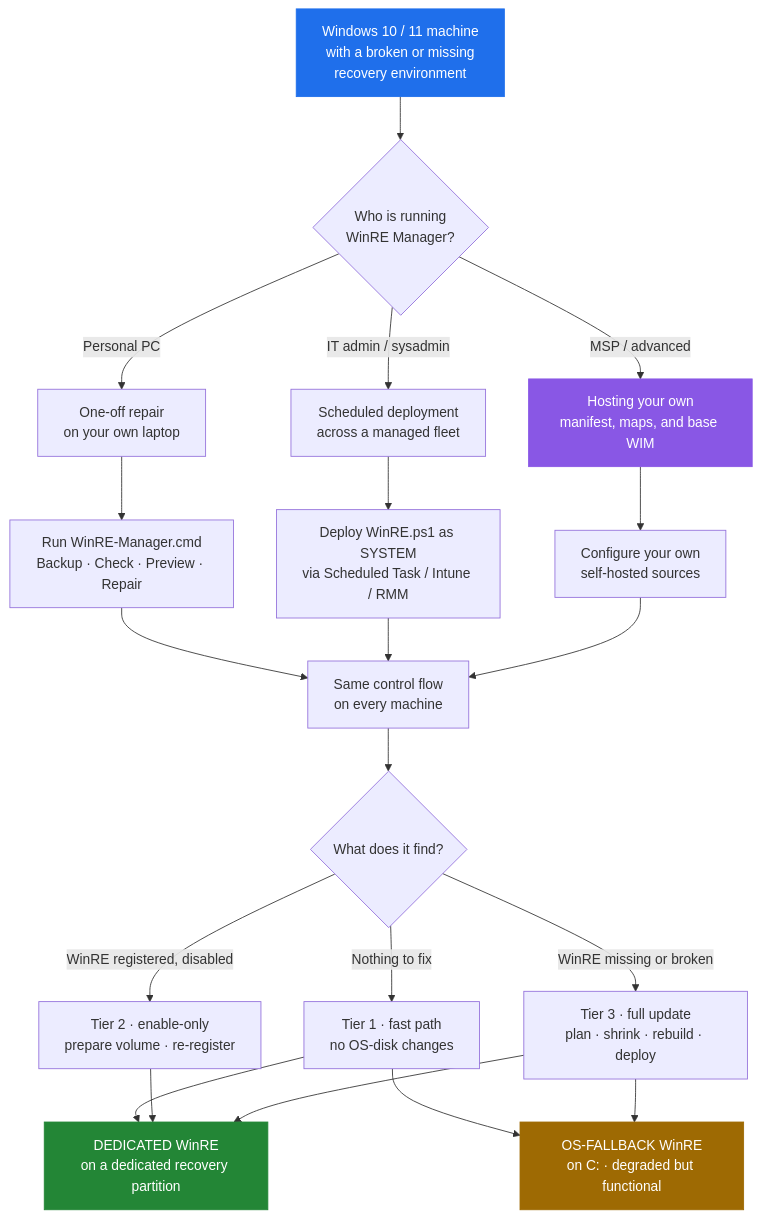
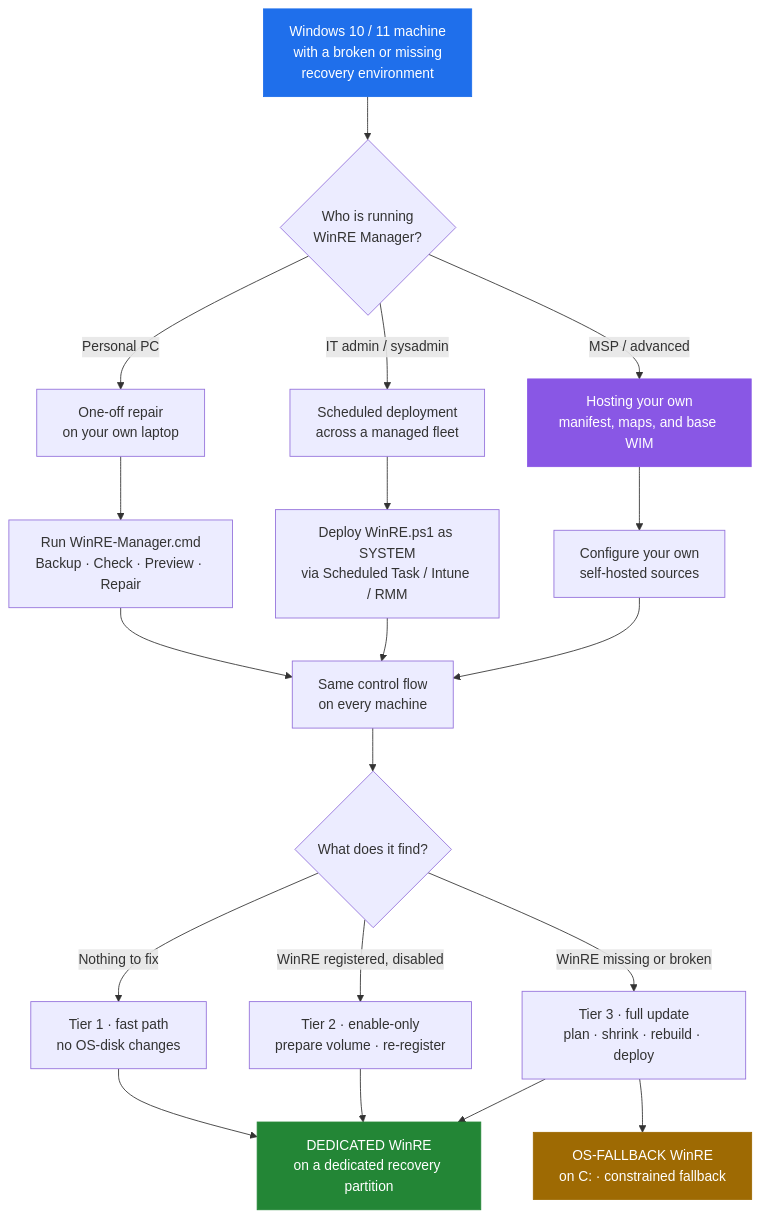
Before and after one commit to ArthurJDurand/WinRE-Manager: the diagram in docs/index.md, drawn with Mermaid. The commit also changed other lines of this file and 35 other files, not shown here.

````diff
--- a/docs/index.md
+++ b/docs/index.md
@@ -64,34 +66,33 @@
 ```mermaid
 flowchart TD
     Start["Windows 10 / 11 machine<br/>with a broken or missing<br/>recovery environment"]
 
     Start --> Who{"Who is running<br/>WinRE Manager?"}
 
     Who -->|"Personal PC"| Single["One-off repair<br/>on your own laptop"]
     Who -->|"IT admin / sysadmin"| Fleet["Scheduled deployment<br/>across a managed fleet"]
     Who -->|"MSP / advanced"| Hosted["Hosting your own<br/>manifest, maps, and base WIM"]
 
     Single --> RunOne["Run WinRE-Manager.cmd<br/>Backup · Check · Preview · Repair"]
     Fleet --> RunFleet["Deploy WinRE.ps1 as SYSTEM<br/>via Scheduled Task / Intune / RMM"]
     Hosted --> RunHost["Configure your own<br/>self-hosted sources"]
 
     RunOne --> Flow["Same control flow<br/>on every machine"]
     RunFleet --> Flow
     RunHost --> Flow
 
     Flow --> Check{"What does it find?"}
     Check -->|"Nothing to fix"| FP["Tier 1 · fast path<br/>no OS-disk changes"]
     Check -->|"WinRE registered, disabled"| EO["Tier 2 · enable-only<br/>prepare volume · re-register"]
     Check -->|"WinRE missing or broken"| FU["Tier 3 · full update<br/>plan · shrink · rebuild · deploy"]
 
     FP --> Dedicated["DEDICATED WinRE<br/>on a dedicated recovery partition"]
-    FP --> Fallback
     EO --> Dedicated
     FU --> Dedicated
-    FU --> Fallback["OS-FALLBACK WinRE<br/>on C: · degraded but functional"]
+    FU --> Fallback["OS-FALLBACK WinRE<br/>on C: · constrained fallback"]
 
     style Start fill:#1f6feb,stroke:#1f6feb,color:#fff
     style Dedicated fill:#238636,stroke:#238636,color:#fff
     style Fallback fill:#9e6a03,stroke:#9e6a03,color:#fff
     style Hosted fill:#8957e5,stroke:#8957e5,color:#fff
 ```
````
